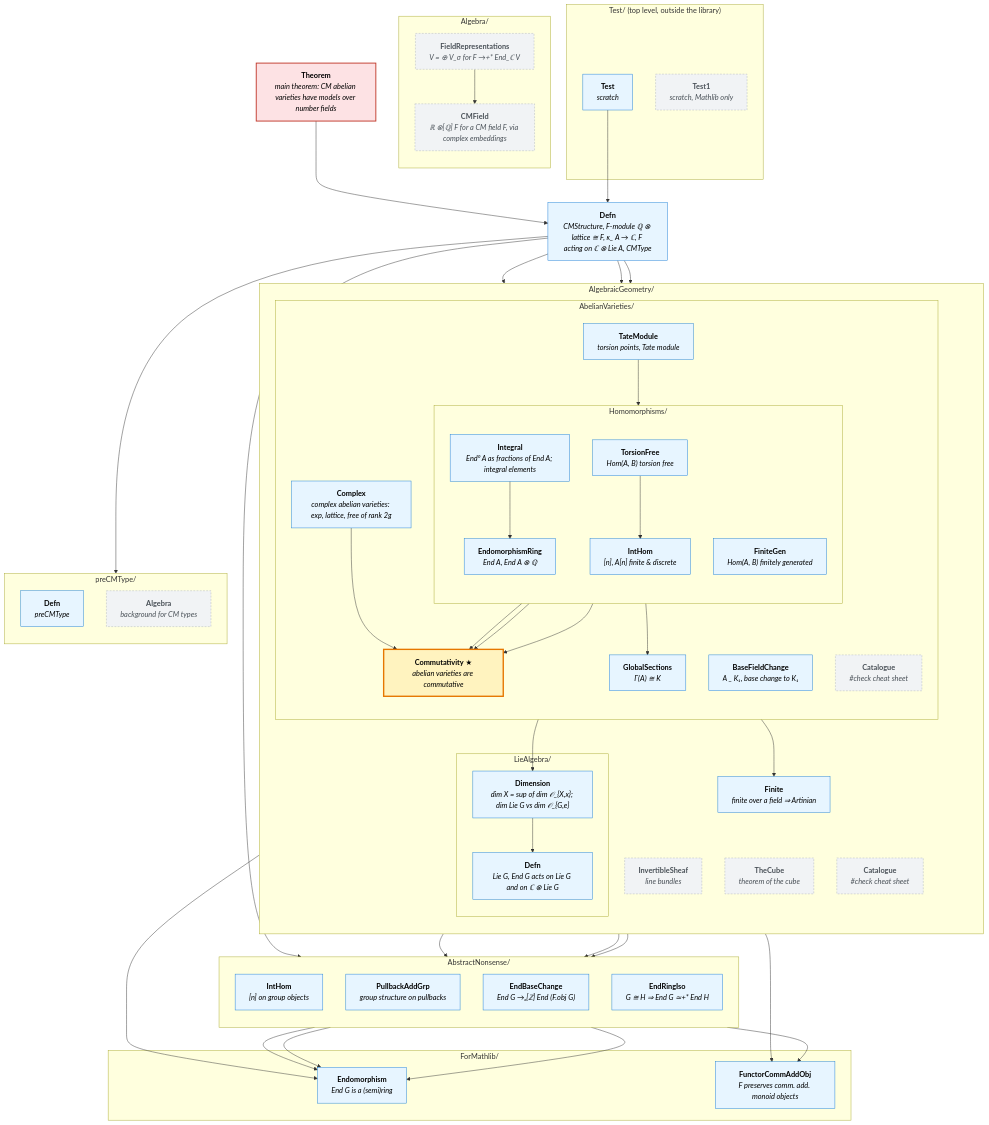
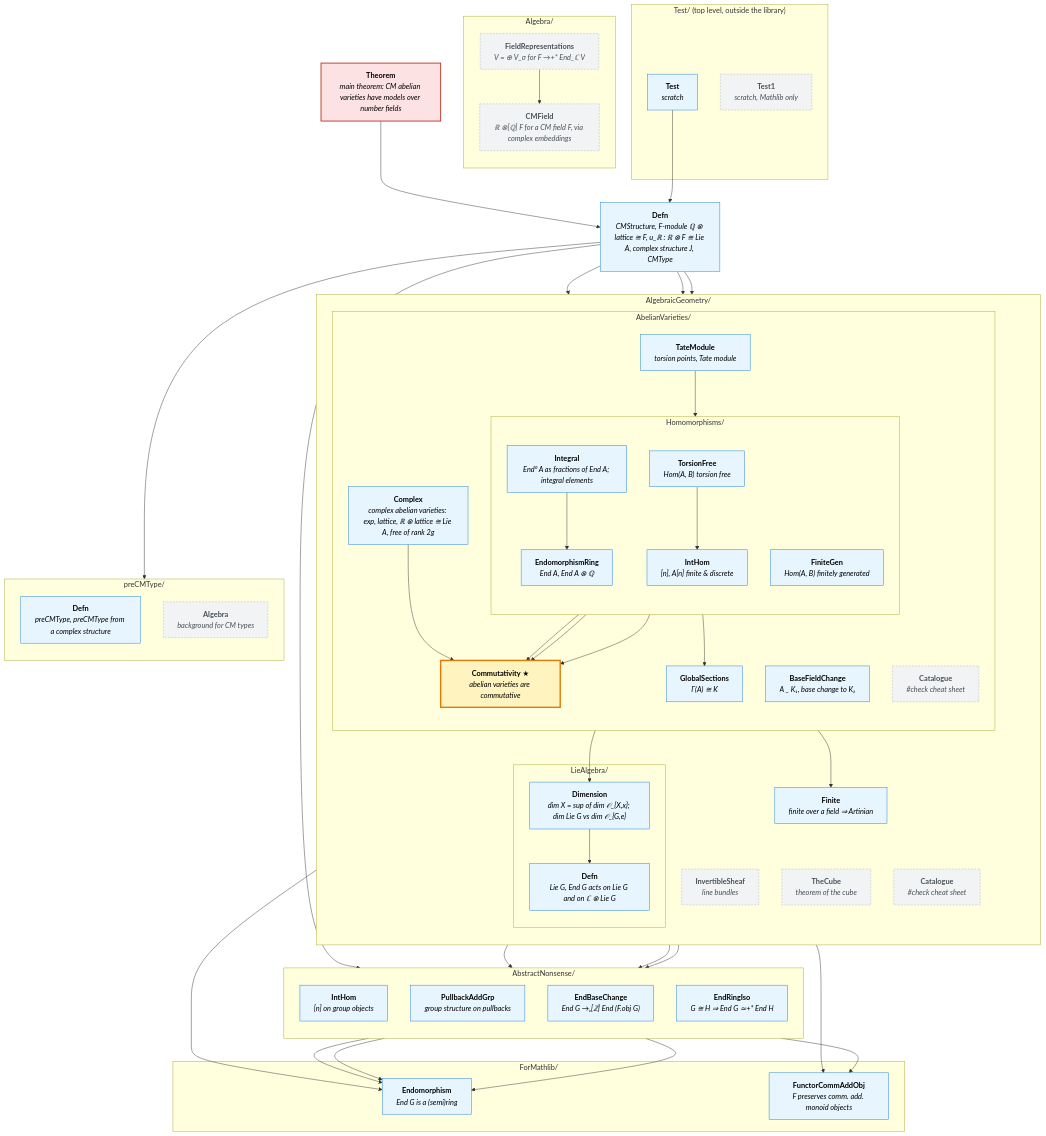
The diagram in MindMap.md (abhijitaj1997/CMAbelianVarieties), drawn with Mermaid before and after one commit. The commit also changed 1 other file, not shown here.

Commit message:
chore: complete end-of-session checklist

```diff
--- a/MindMap.md
+++ b/MindMap.md
@@ -10,7 +10,7 @@
 graph TD
   %% ---------- top level ----------
   Theorem["<b>Theorem</b><br/><i>main theorem: CM abelian varieties have models over number fields</i>"]
-  Defn["<b>Defn</b><br/><i>CMStructure, F-module ℚ ⊗ lattice ≅ F, κ_ A → ℂ, F acting on ℂ ⊗ Lie A, CMType</i>"]
+  Defn["<b>Defn</b><br/><i>CMStructure, F-module ℚ ⊗ lattice ≅ F, u_ℝ : ℝ ⊗ F ≅ Lie A, complex structure J, CMType</i>"]
 
   %% ---------- AbstractNonsense ----------
   subgraph AN["AbstractNonsense/"]
@@ -39,7 +39,7 @@
       BaseFieldChange["<b>BaseFieldChange</b><br/><i>A _ K₁, base change to K₁</i>"]
       AVCatalogue["<b>Catalogue</b><br/><i>#check cheat sheet</i>"]
       Commutativity["<b>Commutativity</b> ★<br/><i>abelian varieties are commutative</i>"]
-      Complex["<b>Complex</b><br/><i>complex abelian varieties: exp, lattice, free of rank 2g</i>"]
+      Complex["<b>Complex</b><br/><i>complex abelian varieties: exp, lattice, ℝ ⊗ lattice ≅ Lie A, free of rank 2g</i>"]
       subgraph HOM["Homomorphisms/"]
         direction TB
         EndomorphismRing["<b>EndomorphismRing</b><br/><i>End A, End A ⊗ ℚ</i>"]
@@ -60,7 +60,7 @@
   %% ---------- preCMType ----------
   subgraph CM["preCMType/"]
     direction TB
-    CMDefn["<b>Defn</b><br/><i>preCMType</i>"]
+    CMDefn["<b>Defn</b><br/><i>preCMType, preCMType from a complex structure</i>"]
     CMAlgebra["<b>Algebra</b><br/><i>background for CM types</i>"]
   end
 
```
